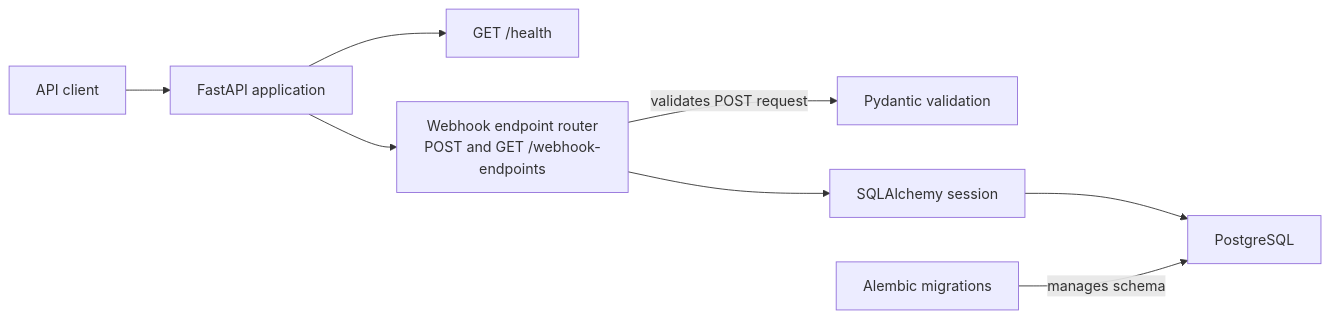
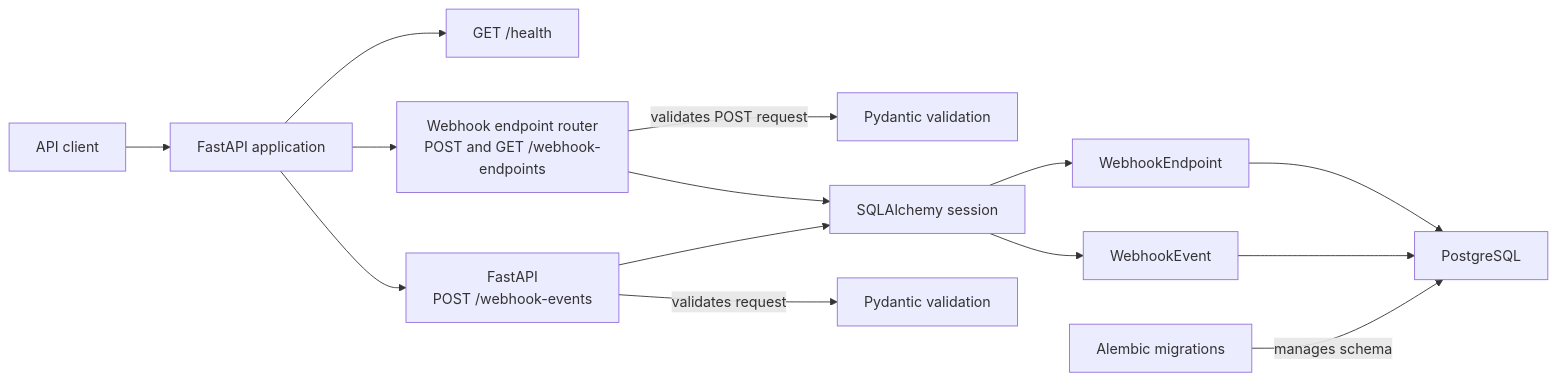
One commit to lukaszj321/reliable-webhook-service changed the diagram in README.md. Above: the diagram before and after it, drawn with Mermaid. The commit also changed other lines of this file and 3 other files, not shown here.

Commit message:
docs: document webhook event creation API

````diff
--- a/README.md
+++ b/README.md
@@ -54,10 +52,16 @@
 ```mermaid
 flowchart LR
     Client["API client"] --> App["FastAPI application"]
     App --> Health["GET /health"]
     App --> Router["Webhook endpoint router<br/>POST and GET /webhook-endpoints"]
     Router -->|"validates POST request"| Validation["Pydantic validation"]
     Router --> Session["SQLAlchemy session"]
-    Session --> PostgreSQL["PostgreSQL"]
+    Session --> Endpoint["WebhookEndpoint"]
+    Endpoint --> PostgreSQL["PostgreSQL"]
+    App --> EventAPI["FastAPI<br/>POST /webhook-events"]
+    EventAPI -->|"validates request"| EventValidation["Pydantic validation"]
+    EventAPI --> Session
+    Session --> Event["WebhookEvent"]
+    Event --> PostgreSQL
     Migrations["Alembic migrations"] -->|"manages schema"| PostgreSQL
 ```
````
